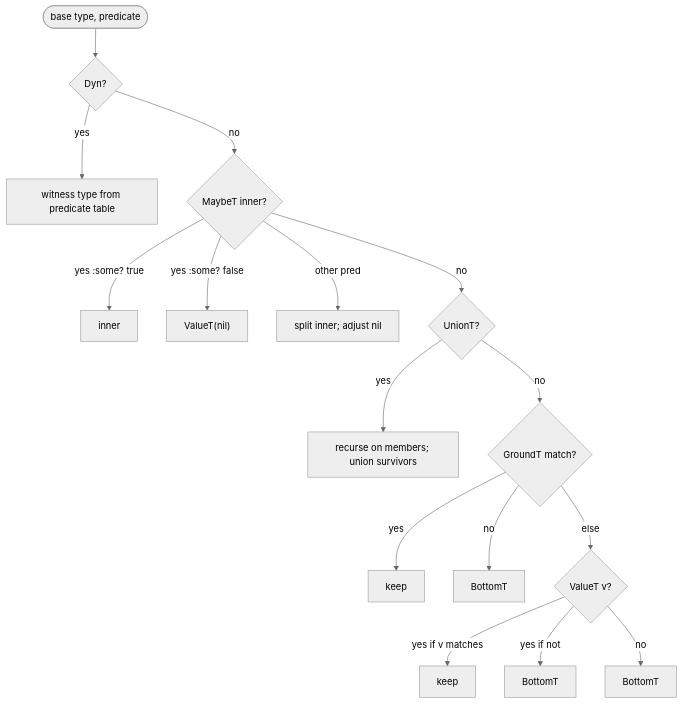
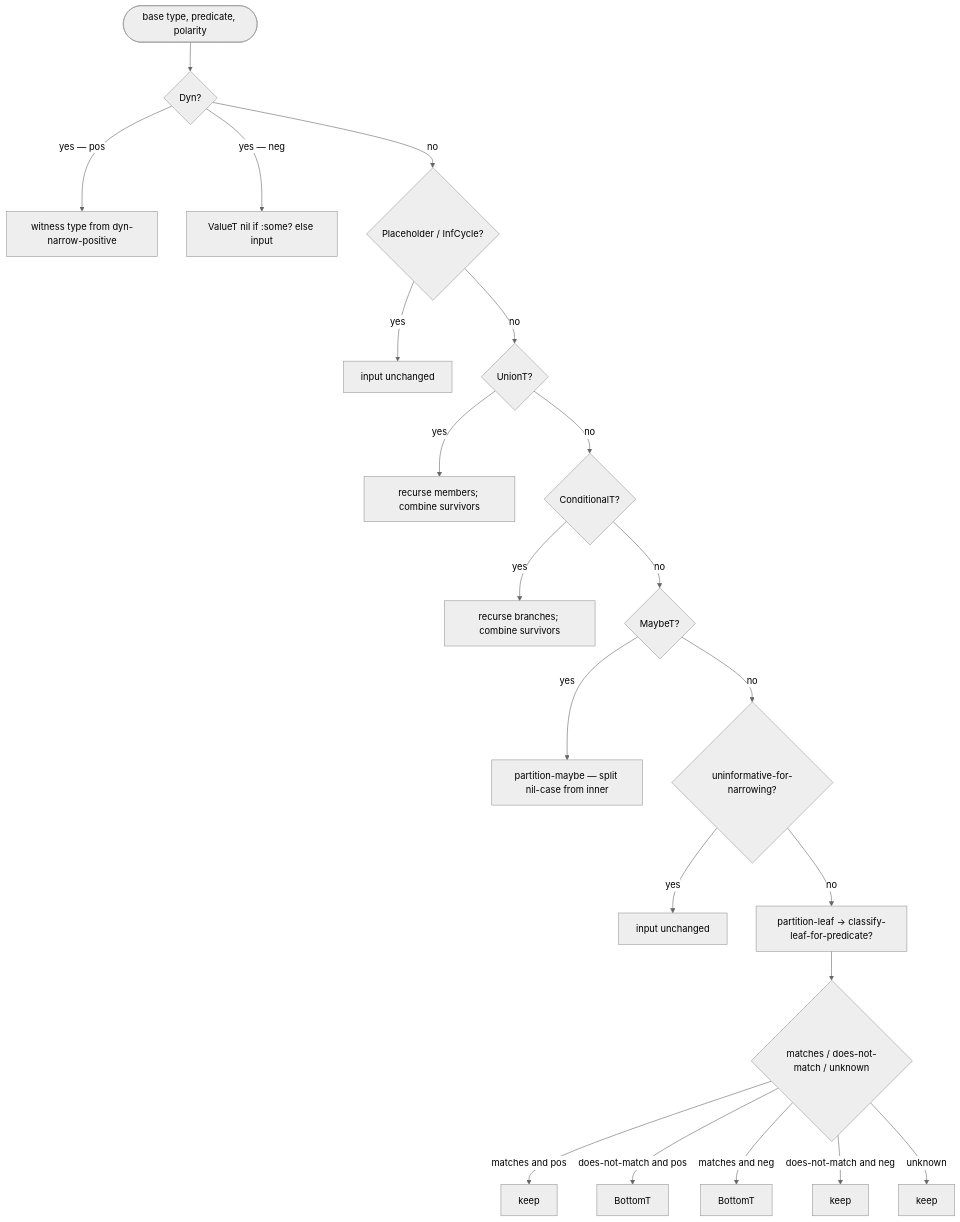
Before and after one commit to nomicflux/skeptic: the second of 2 diagrams in skeptic/docs/walkthrough/08-narrowing-and-origins.md, drawn with Mermaid (neutral theme). The commit also changed other lines of this file and 12 other files, not shown here.

````diff
--- a/skeptic/docs/walkthrough/08-narrowing-and-origins.md
+++ b/skeptic/docs/walkthrough/08-narrowing-and-origins.md
@@ -247,20 +445,25 @@
 ```mermaid
 flowchart TD
-  in([base type, predicate])
+  in([base type, predicate, polarity])
   isDyn{Dyn?}
   in --> isDyn
-  isDyn -->|yes| dynW[witness type from predicate table]
-  isDyn -->|no| isMaybe{MaybeT inner?}
-  isMaybe -->|yes :some? true| peel[inner]
-  isMaybe -->|yes :some? false| nilV["ValueT(nil)"]
-  isMaybe -->|other pred| splitM[split inner; adjust nil]
-  isMaybe -->|no| isUnion{UnionT?}
-  isUnion -->|yes| unionR[recurse on members; union survivors]
-  isUnion -->|no| isGround{GroundT match?}
-  isGround -->|yes| keep[keep]
-  isGround -->|no| bot1[BottomT]
-  isGround -->|else| isVal{ValueT v?}
-  isVal -->|yes if v matches| keep2[keep]
-  isVal -->|yes if not| bot2[BottomT]
-  isVal -->|no| bot3[BottomT]
+  isDyn -->|yes — pos| dynW[witness type from dyn-narrow-positive]
+  isDyn -->|yes — neg| dynN[ValueT nil if :some? else input]
+  isDyn -->|no| isPlace{Placeholder / InfCycle?}
+  isPlace -->|yes| keepP[input unchanged]
+  isPlace -->|no| isU{UnionT?}
+  isU -->|yes| unionR[recurse members; combine survivors]
+  isU -->|no| isC{ConditionalT?}
+  isC -->|yes| condR[recurse branches; combine survivors]
+  isC -->|no| isM{MaybeT?}
+  isM -->|yes| maybeR[partition-maybe — split nil-case from inner]
+  isM -->|no| isUni{uninformative-for-narrowing?}
+  isUni -->|yes| keepU[input unchanged]
+  isUni -->|no| leaf[partition-leaf → classify-leaf-for-predicate?]
+  leaf --> verdict{matches / does-not-match / unknown}
+  verdict -->|matches and pos| keepL[keep]
+  verdict -->|does-not-match and pos| botL[BottomT]
+  verdict -->|matches and neg| botL2[BottomT]
+  verdict -->|does-not-match and neg| keepL2[keep]
+  verdict -->|unknown| keepL3[keep]
 ```
````
